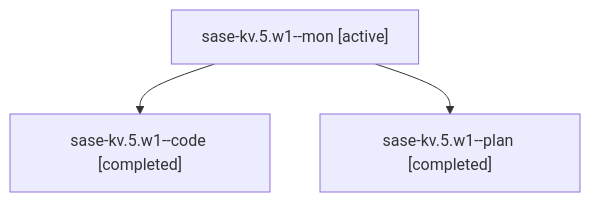
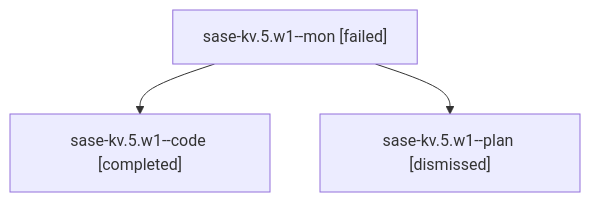
Before and after one commit to sase-org/sase--agents: the diagram in families/bbugyi200.athena.sase-kv.5.w1.md, drawn with Mermaid. The commit also changed other lines of this file and 1607 other files, not shown here.

````diff
--- a/families/bbugyi200.athena.sase-kv.5.w1.md
+++ b/families/bbugyi200.athena.sase-kv.5.w1.md
@@ -9,8 +9,8 @@
 ```mermaid
 flowchart TD
-  n0["sase-kv.5.w1--mon [active]"]
+  n0["sase-kv.5.w1--mon [failed]"]
   n1["sase-kv.5.w1--code [completed]"]
   n0 --> n1
-  n2["sase-kv.5.w1--plan [completed]"]
+  n2["sase-kv.5.w1--plan [dismissed]"]
   n0 --> n2
 ```
````
